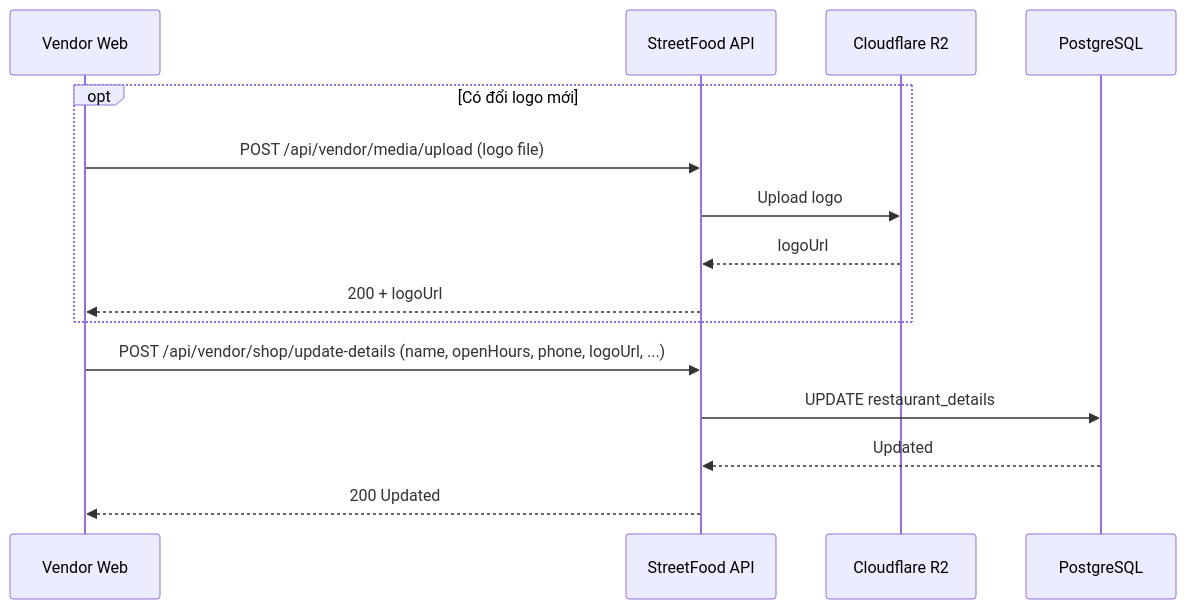
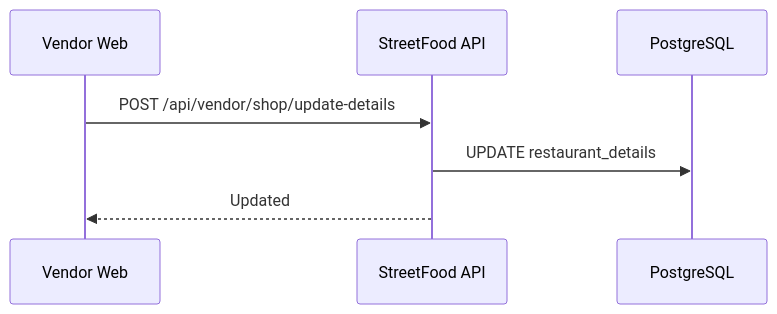
Diagram 14 of 44 in prd.md (NguyenPhuc-Du/StreetFood), drawn with Mermaid before and after one commit. The commit also changed other lines of this file and 22 other files, not shown here.

````diff
--- a/prd.md
+++ b/prd.md
@@ -883,19 +851,10 @@
 ```mermaid
 sequenceDiagram
     participant V as Vendor Web
     participant API as StreetFood API
-    participant R2 as Cloudflare R2
     participant DB as PostgreSQL
 
-    opt Có đổi logo mới
-        V->>API: POST /api/vendor/media/upload (logo file)
-        API->>R2: Upload logo
-        R2-->>API: logoUrl
-        API-->>V: 200 + logoUrl
-    end
-
-    V->>API: POST /api/vendor/shop/update-details (name, openHours, phone, logoUrl, ...)
+    V->>API: POST /api/vendor/shop/update-details
     API->>DB: UPDATE restaurant_details
-    DB-->>API: Updated
-    API-->>V: 200 Updated
+    API-->>V: Updated
 ```
````
